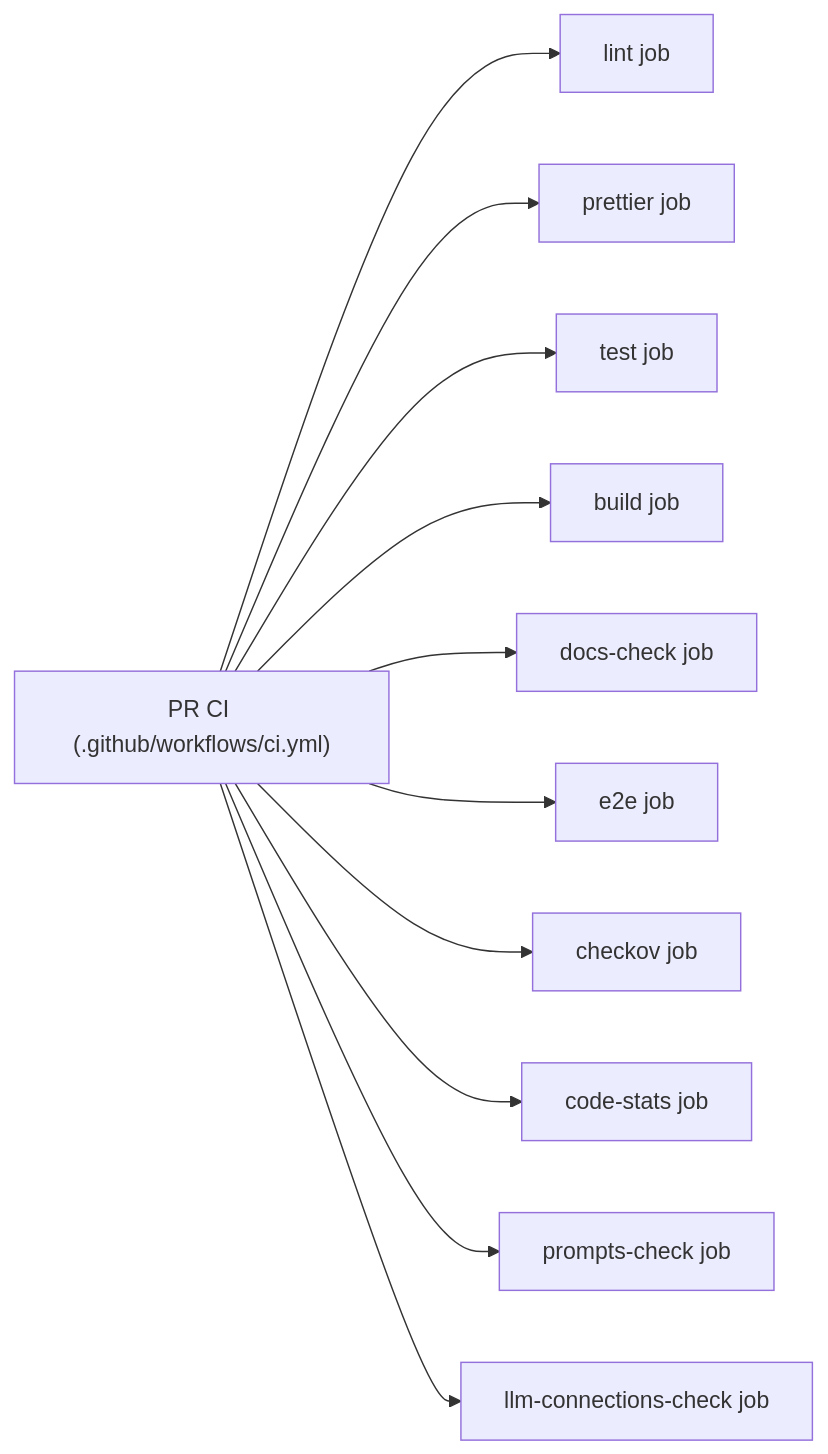
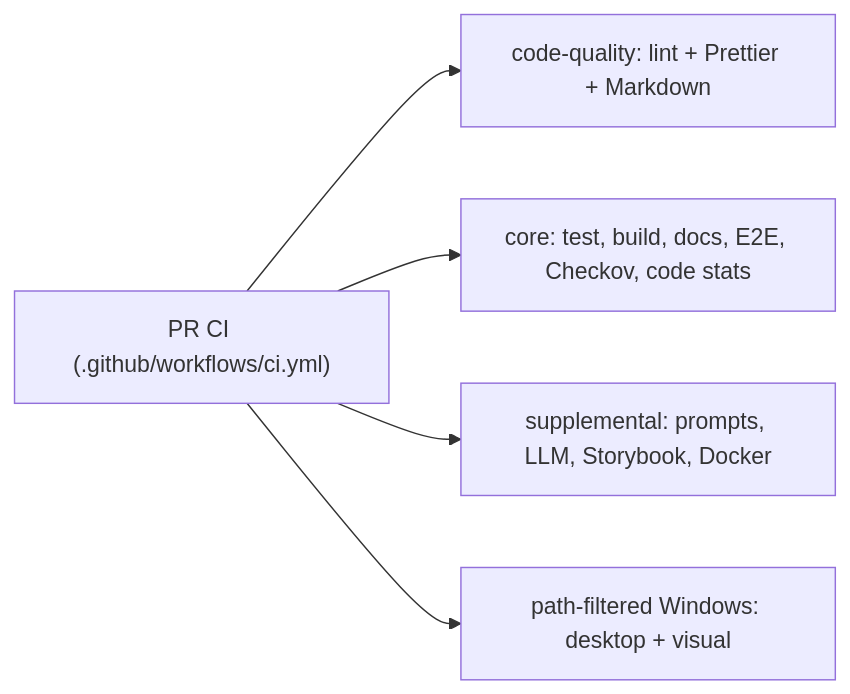
One commit to Chronote-gg/Chronote changed the third of 4 diagrams in README.md. Above: the diagram before and after it, drawn with Mermaid. The commit also changed other lines of this file and 3 other files, not shown here.

````diff
--- a/README.md
+++ b/README.md
@@ -113,13 +113,7 @@
 ```mermaid
 flowchart LR
-  A["PR CI (.github/workflows/ci.yml)"] --> B["lint job"]
-  A --> C["prettier job"]
-  A --> D["test job"]
-  A --> E["build job"]
-  A --> F["docs-check job"]
-  A --> G["e2e job"]
-  A --> H["checkov job"]
-  A --> I["code-stats job"]
-  A --> P["prompts-check job"]
-  A --> Q["llm-connections-check job"]
+  A["PR CI (.github/workflows/ci.yml)"] --> B["code-quality: lint + Prettier + Markdown"]
+  A --> C["core: test, build, docs, E2E, Checkov, code stats"]
+  A --> D["supplemental: prompts, LLM, Storybook, Docker"]
+  A --> E["path-filtered Windows: desktop + visual"]
 ```
````
